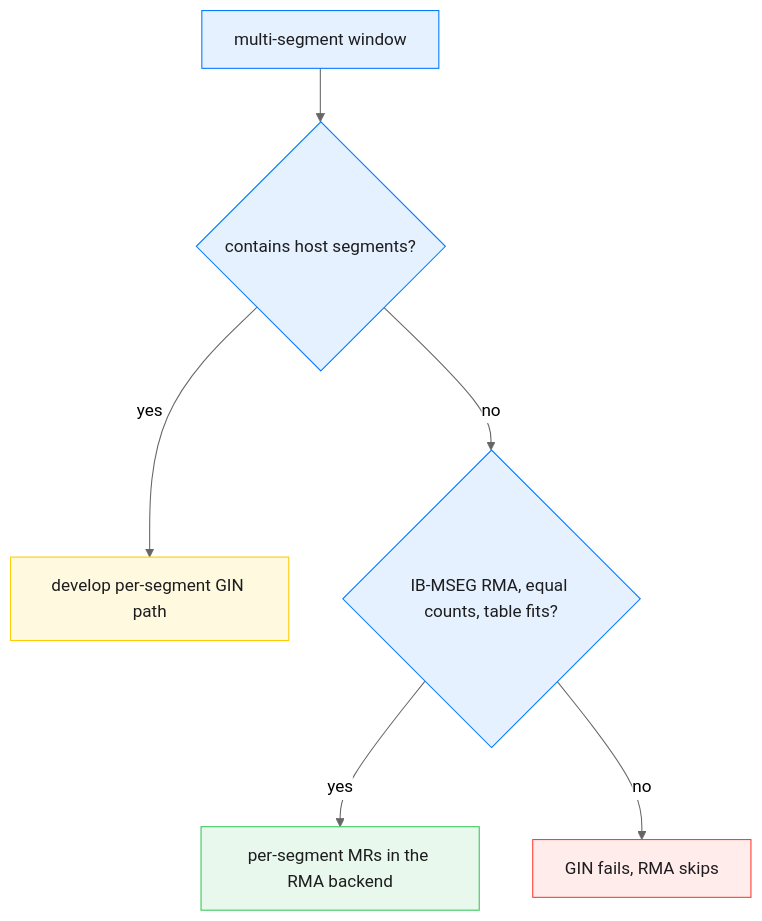
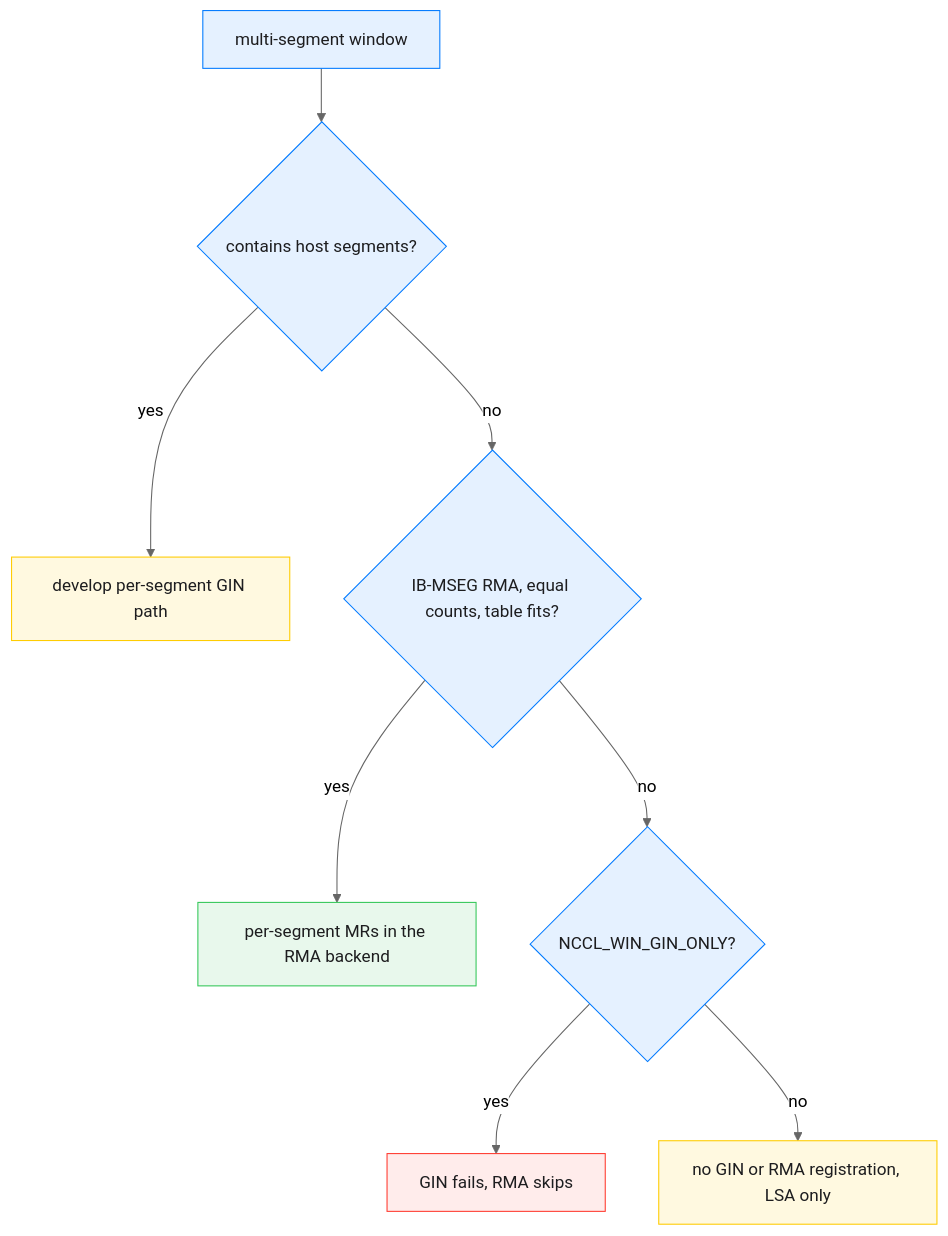
Before and after one commit to ROCm/rocm-systems: the sixth of 6 diagrams in projects/rccl/docs/design/multi_segment_gin_rma.md, drawn with Mermaid (neutral theme). The commit also changed other lines of this file and 19 other files, not shown here.

````diff
--- a/projects/rccl/docs/design/multi_segment_gin_rma.md
+++ b/projects/rccl/docs/design/multi_segment_gin_rma.md
@@ -221,17 +208,19 @@
 ```mermaid
 %% caption: Window gates: which multi-segment windows reach the RMA backend
 flowchart TD
  w["multi-segment window"] --> sys{"contains host segments?"}
  sys -->|yes| dev["develop per-segment GIN path"]
  sys -->|no| g{"IB-MSEG RMA, equal counts, table fits?"}
  g -->|yes| mrs["per-segment MRs in the RMA backend"]
- g -->|no| inv["GIN fails, RMA skips"]
+ g -->|no| only{"NCCL_WIN_GIN_ONLY?"}
+ only -->|yes| inv["GIN fails, RMA skips"]
+ only -->|no| skip["no GIN or RMA registration, LSA only"]
  classDef gin fill:#e5f1ff,stroke:#007aff,color:#1d1d1f
  classDef okpath fill:#e8f8ec,stroke:#34c759,color:#1d1d1f
  classDef stagepath fill:#fff9e0,stroke:#ffcc00,color:#1d1d1f
  classDef failpath fill:#ffeceb,stroke:#ff3b30,color:#1d1d1f
- class w,sys,g gin
+ class w,sys,g,only gin
  class mrs okpath
- class dev stagepath
+ class dev,skip stagepath
  class inv failpath
 ```
````
